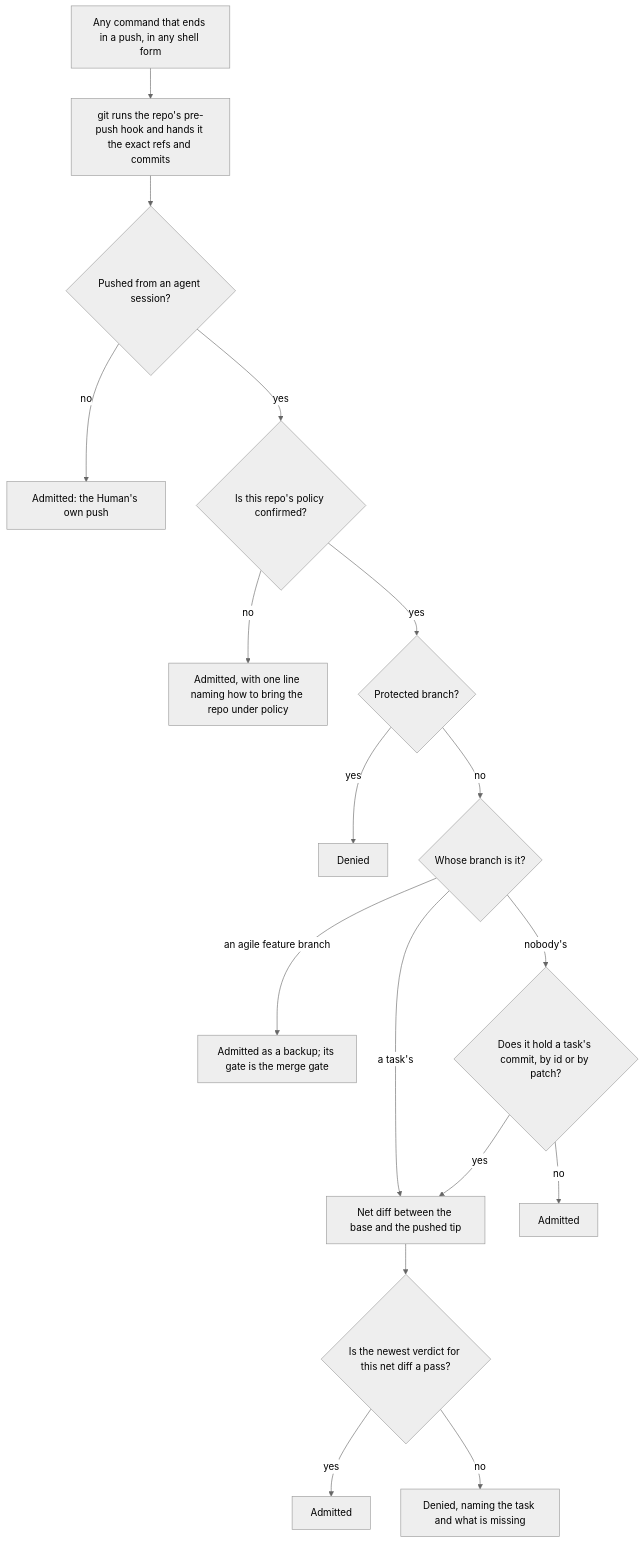
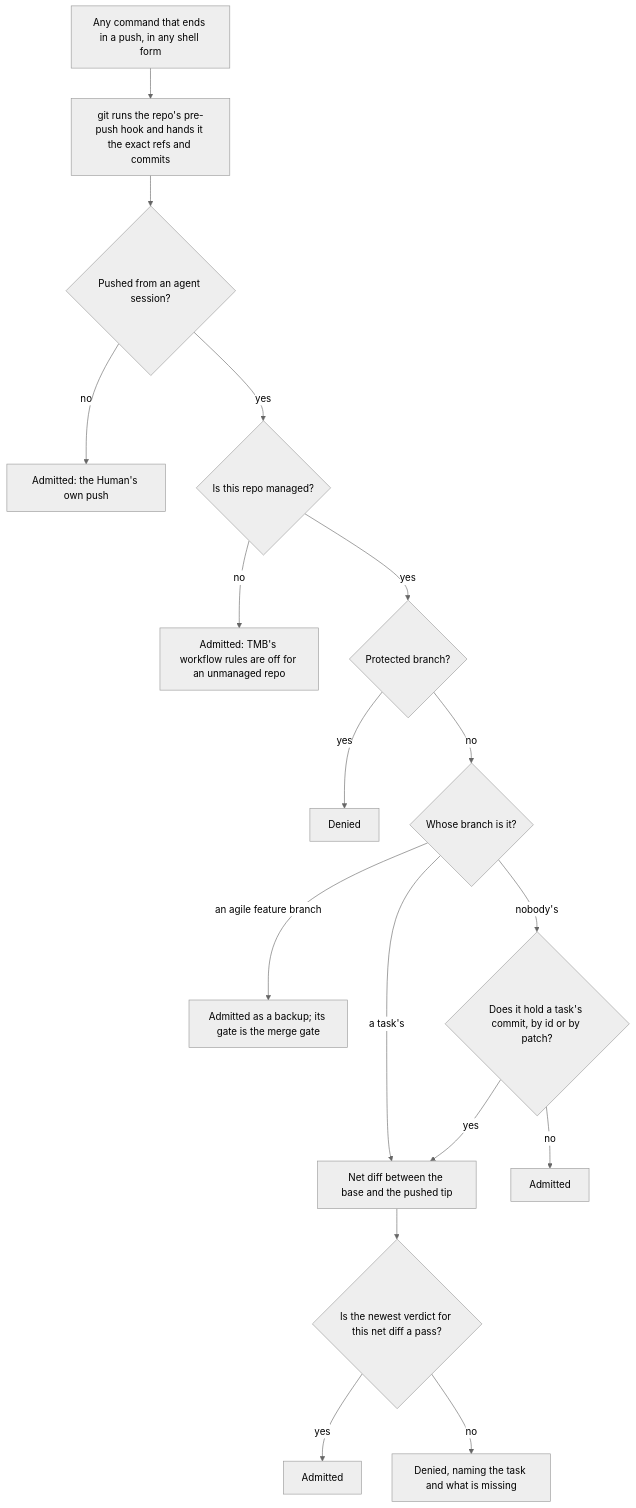
Before and after one commit to trustmybot/plugin: the second of 3 diagrams in docs/architecture/GIT.md, drawn with Mermaid (neutral theme). The commit also changed other lines of this file and 2 other files, not shown here.

Commit message:
📝 docs(git): draft a mode per repo, unmanaged included (GH 3281)

````diff
--- a/docs/architecture/GIT.md
+++ b/docs/architecture/GIT.md
@@ -91,19 +91,19 @@
 ```mermaid
 flowchart TD
     A[Any command that ends in a push, in any shell form] --> B[git runs the repo's pre-push hook and hands it the exact refs and commits]
     B --> C{Pushed from an agent session?}
     C -- no --> OK[Admitted: the Human's own push]
-    C -- yes --> D{Is this repo's policy confirmed?}
-    D -- no --> N[Admitted, with one line naming how to bring the repo under policy]
+    C -- yes --> D{Is this repo managed?}
+    D -- no --> N[Admitted: TMB's workflow rules are off for an unmanaged repo]
     D -- yes --> E{Protected branch?}
     E -- yes --> X[Denied]
     E -- no --> F{Whose branch is it?}
     F -- a task's --> G[Net diff between the base and the pushed tip]
     F -- an agile feature branch --> FB[Admitted as a backup; its gate is the merge gate]
     F -- "nobody's" --> H{Does it hold a task's commit, by id or by patch?}
     H -- no --> OK2[Admitted]
     H -- yes --> G
     G --> I{Is the newest verdict for this net diff a pass?}
     I -- yes --> OK3[Admitted]
     I -- no --> X2[Denied, naming the task and what is missing]
 ```
````
